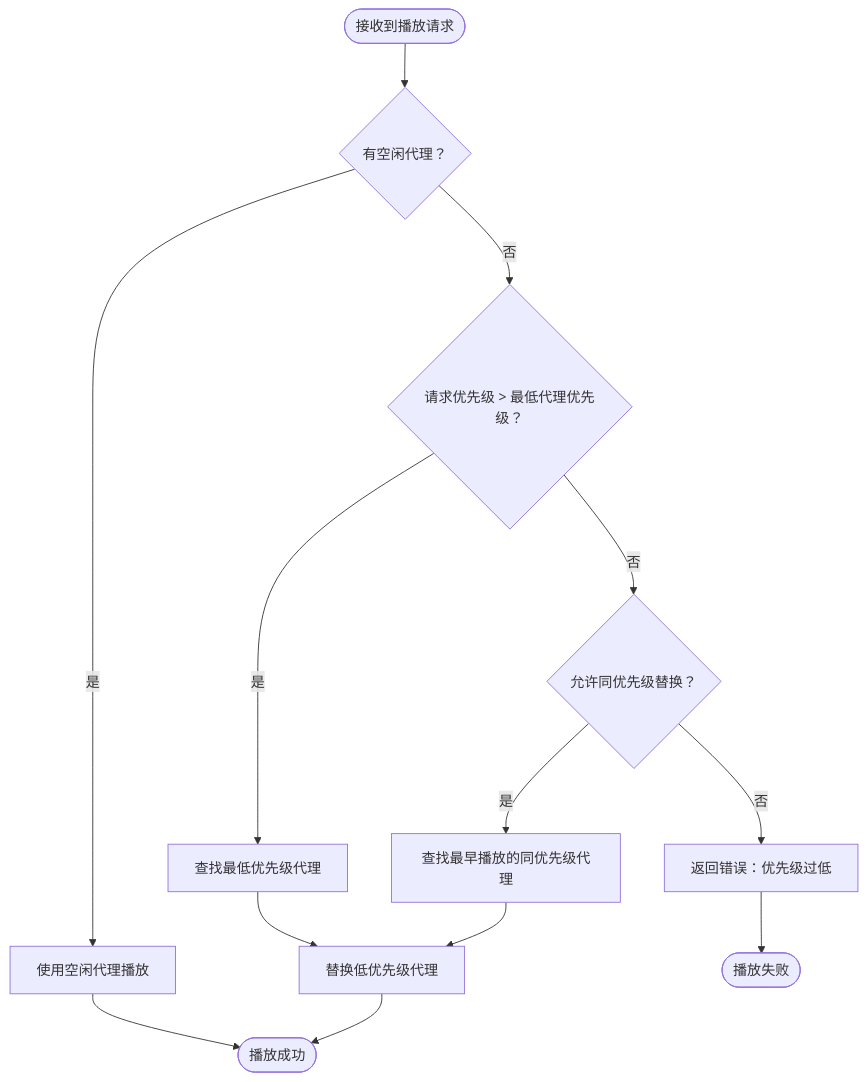
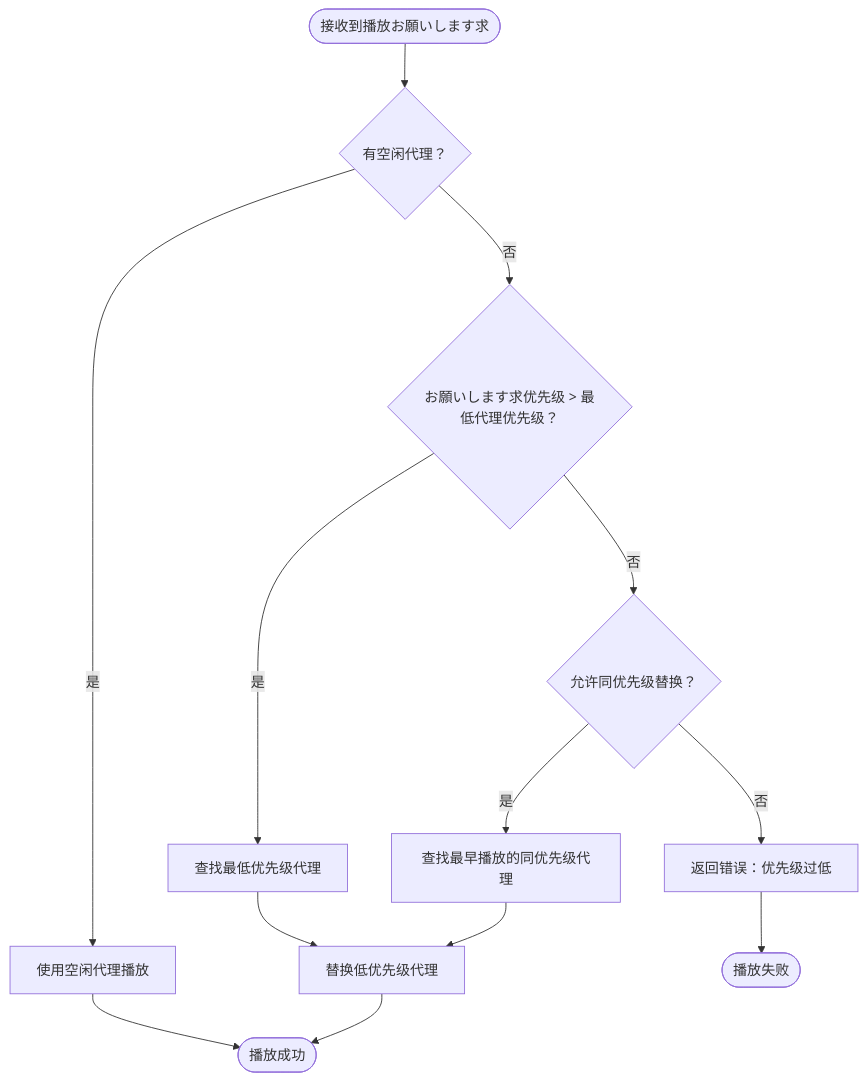
The fifth of 5 diagrams in docs/ja/client/unity/component/sound/05.sound-manager.md (AlianBlank/GameFrameX.Docs), drawn with Mermaid before and after one commit. The commit also changed other lines of this file and 603 other files, not shown here.

````diff
--- a/docs/ja/client/unity/component/sound/05.sound-manager.md
+++ b/docs/ja/client/unity/component/sound/05.sound-manager.md
@@ -279,21 +279,21 @@
 ```mermaid
 flowchart TD
-    Start([接收到播放请求]) --> CheckFree{有空闲代理？}
+    Start([接收到播放お願いします求]) --> CheckFree{有空闲代理？}
     
     CheckFree -->|是| UseFree[使用空闲代理播放]
-    CheckFree -->|否| CheckPriority{请求优先级 > 最低代理优先级？}
+    CheckFree -->|否| CheckPriority{お願いします求优先级 > 最低代理优先级？}
     
     CheckPriority -->|是| FindLowest[查找最低优先级代理]
     CheckPriority -->|否| CheckSamePriority{允许同优先级替换？}
     
     FindLowest --> Replace[替换低优先级代理]
     
     CheckSamePriority -->|是| FindOldest[查找最早播放的同优先级代理]
     CheckSamePriority -->|否| Reject[返回错误：优先级过低]
     
     FindOldest --> Replace
     
     UseFree --> Done([播放成功])
     Replace --> Done
     Reject --> Fail([播放失败])
 ```
````
